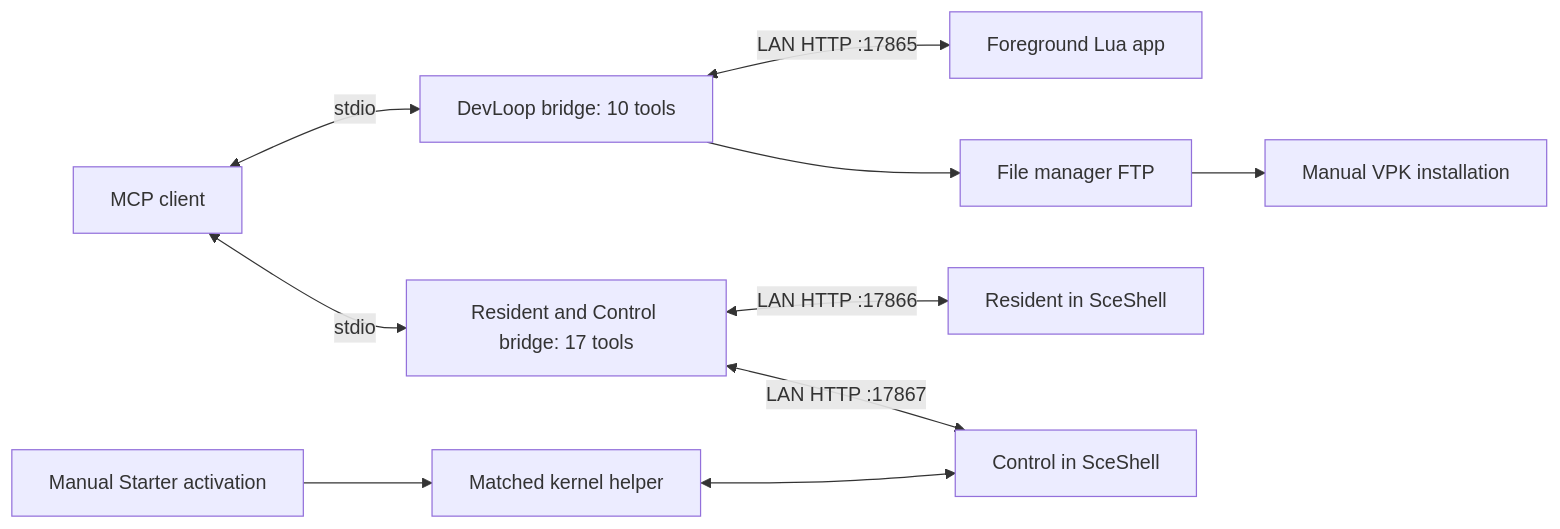
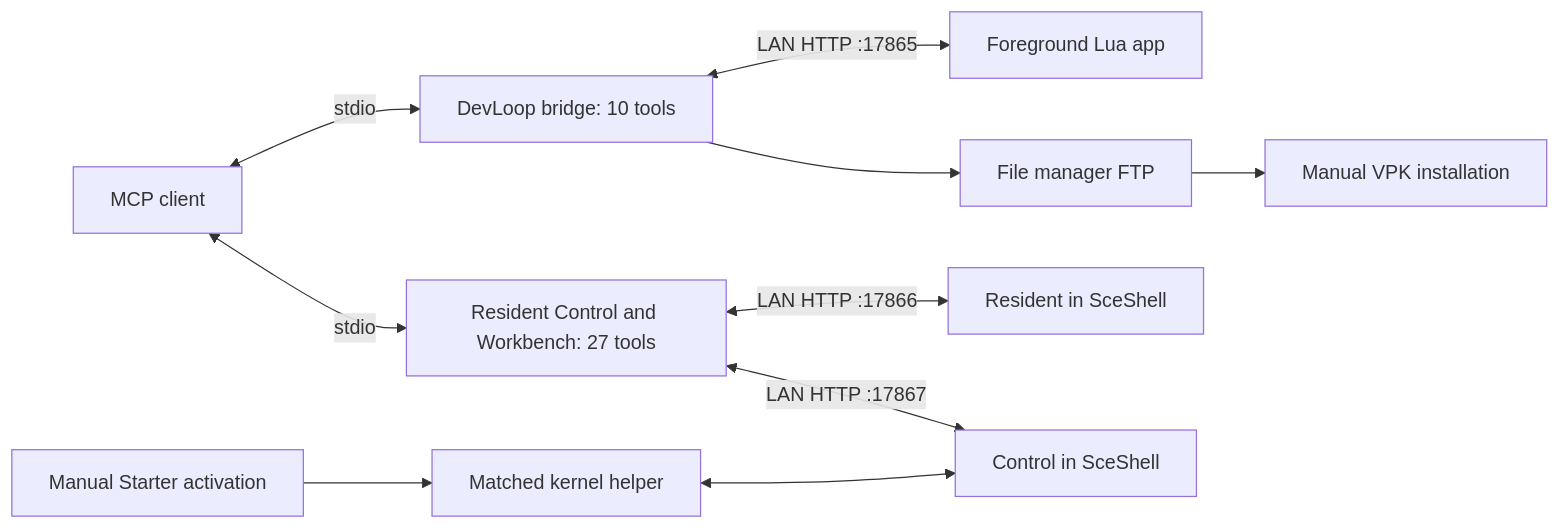
The diagram in README.md (LeiterConsulting/ps-vita-mcp), drawn with Mermaid before and after one commit. The commit also changed other lines of this file and 93 other files, not shown here.

Commit message:
Add Workbench and Control 0.3.3 developer preview qualification

````diff
--- a/README.md
+++ b/README.md
@@ -54,12 +57,12 @@
 ```mermaid
 flowchart LR
     Client[MCP client] <-->|stdio| DevBridge[DevLoop bridge: 10 tools]
-    Client <-->|stdio| Background[Resident and Control bridge: 17 tools]
+    Client <-->|stdio| Background[Resident Control and Workbench: 27 tools]
     DevBridge <-->|LAN HTTP :17865| DevLoop[Foreground Lua app]
     Background <-->|LAN HTTP :17866| Resident[Resident in SceShell]
     Background <-->|LAN HTTP :17867| Control[Control in SceShell]
     Starter[Manual Starter activation] --> Kernel[Matched kernel helper]
     Kernel <--> Control
     DevBridge --> FTP[File manager FTP]
     FTP --> Install[Manual VPK installation]
 ```
````
